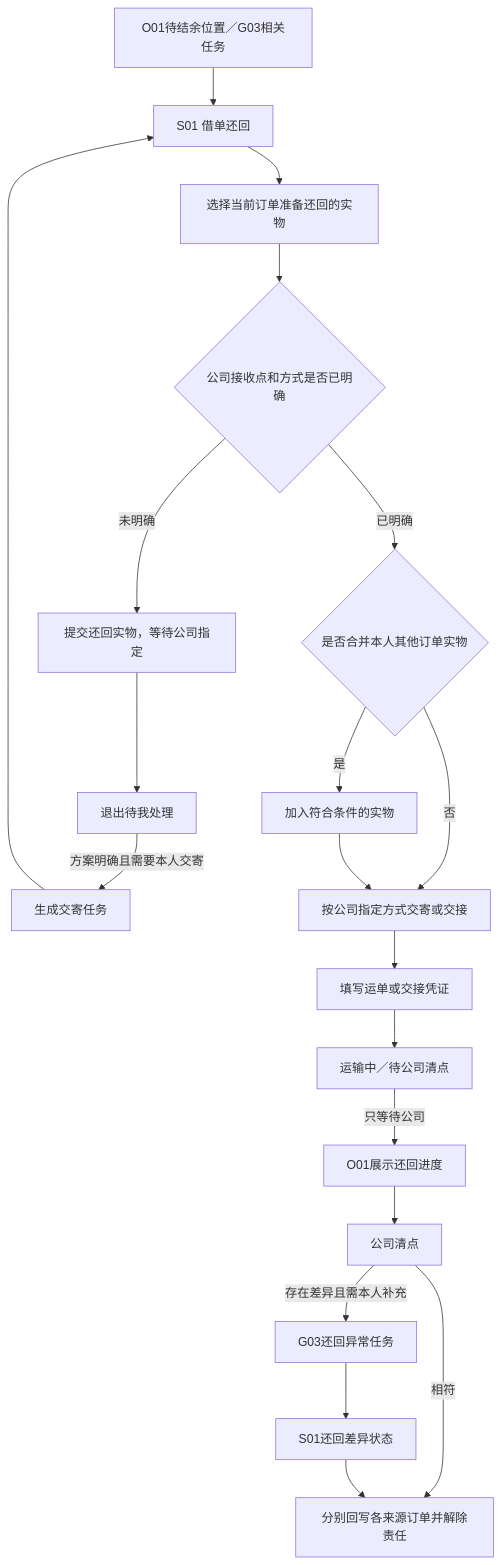
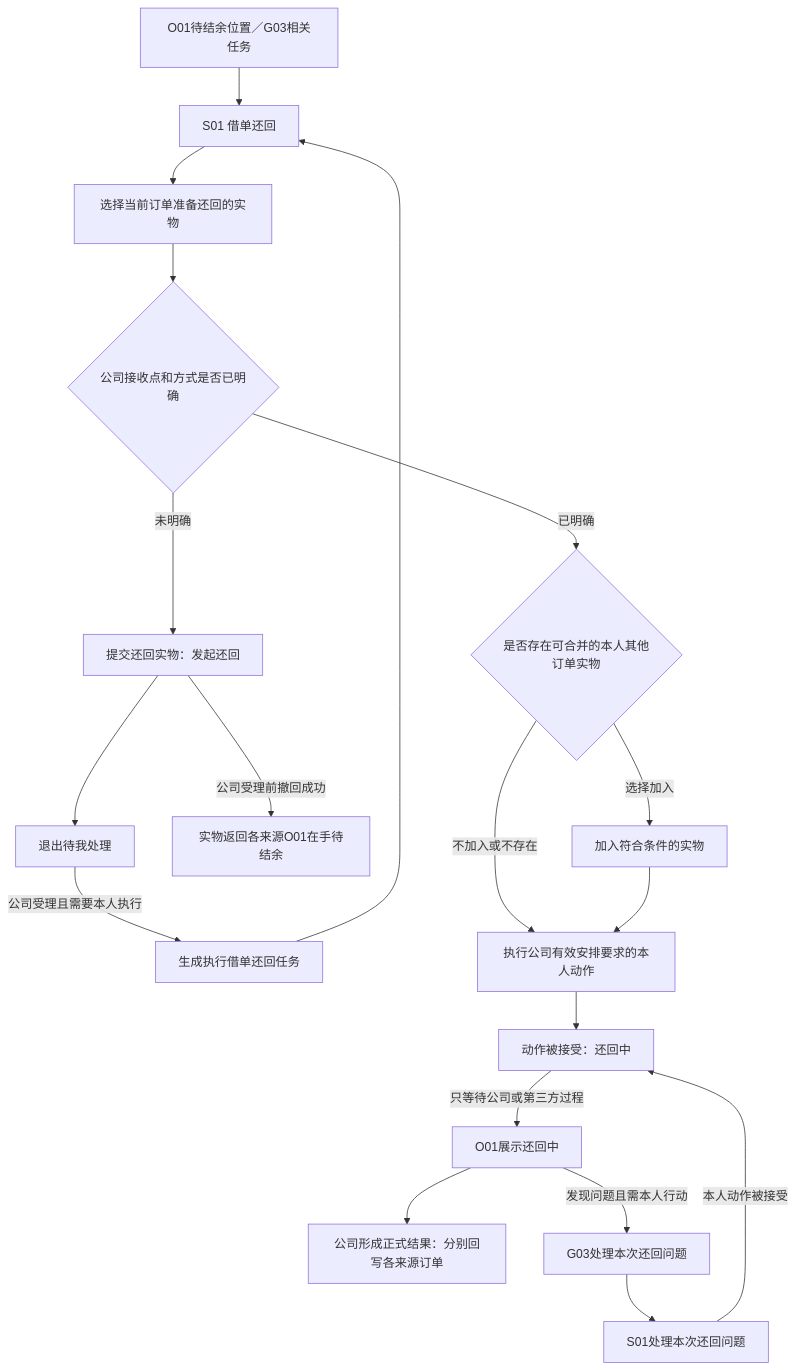
Before and after one commit to Jimokov/orthoflow-erp: diagram 18 of 19 in modules/APP-手术通知/03-设计池/02-手术通知APP页面流程-v0.5.md, drawn with Mermaid. The commit also changed other lines of this file and 25 other files, not shown here.

````diff
--- a/modules/APP-手术通知/03-设计池/02-手术通知APP页面流程-v0.5.md
+++ b/modules/APP-手术通知/03-设计池/02-手术通知APP页面流程-v0.5.md
@@ -619,24 +619,23 @@
 ```mermaid
 flowchart TD
     ENTRY["O01待结余位置／G03相关任务"] --> S01["S01 借单还回"]
     S01 --> SELECT["选择当前订单准备还回的实物"]
     SELECT --> PLAN{"公司接收点和方式是否已明确"}
 
-    PLAN -->|未明确| REQUEST["提交还回实物，等待公司指定"]
+    PLAN -->|未明确| REQUEST["提交还回实物：发起还回"]
     REQUEST --> WAIT["退出待我处理"]
-    WAIT -->|方案明确且需要本人交寄| G03["生成交寄任务"]
+    REQUEST -->|公司受理前撤回成功| BACK["实物返回各来源O01在手待结余"]
+    WAIT -->|公司受理且需要本人执行| G03["生成执行借单还回任务"]
     G03 --> S01
 
-    PLAN -->|已明确| MORE{"是否合并本人其他订单实物"}
-    MORE -->|是| ADD["加入符合条件的实物"]
-    MORE -->|否| HANDOFF["按公司指定方式交寄或交接"]
-    ADD --> HANDOFF
-    HANDOFF --> PROOF["填写运单或交接凭证"]
-    PROOF --> TRANSIT["运输中／待公司清点"]
-    TRANSIT -->|只等待公司| O01["O01展示还回进度"]
-    O01 --> COUNT["公司清点"]
-    COUNT -->|相符| RESULT["分别回写各来源订单并解除责任"]
-    COUNT -->|存在差异且需本人补充| G03A["G03还回异常任务"]
-    G03A --> S01A["S01还回差异状态"]
-    S01A --> RESULT
+    PLAN -->|已明确| MORE{"是否存在可合并的本人其他订单实物"}
+    MORE -->|选择加入| ADD["加入符合条件的实物"]
+    MORE -->|不加入或不存在| ACTION["执行公司有效安排要求的本人动作"]
+    ADD --> ACTION
+    ACTION --> TRANSIT["动作被接受：还回中"]
+    TRANSIT -->|只等待公司或第三方过程| O01["O01展示还回中"]
+    O01 --> RESULT["公司形成正式结果：分别回写各来源订单"]
+    O01 -->|发现问题且需本人行动| G03A["G03处理本次还回问题"]
+    G03A --> S01A["S01处理本次还回问题"]
+    S01A -->|本人动作被接受| TRANSIT
 ```
````
